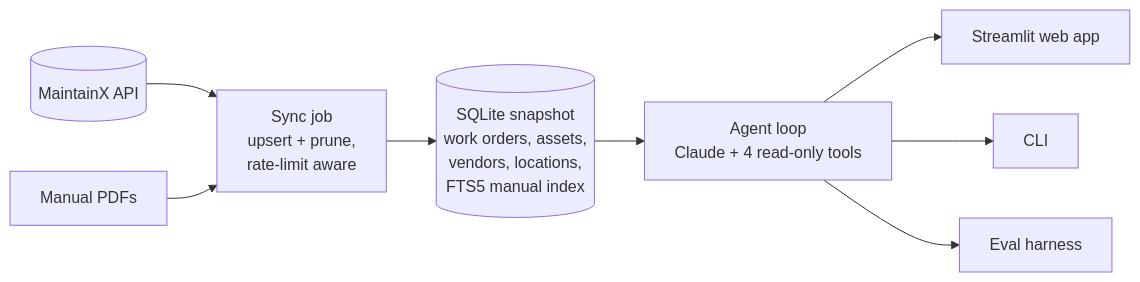
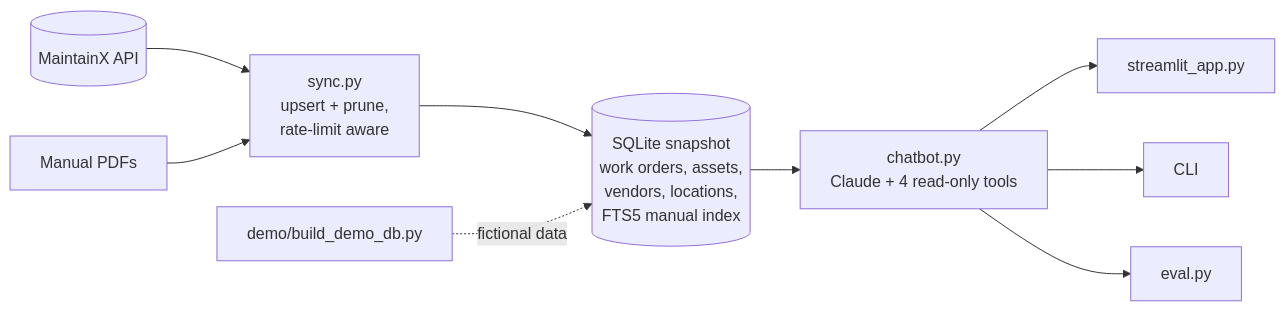
One commit to andrewlezaja/FCS-chatbot changed the diagram in README.md. Above: the diagram before and after it, drawn with Mermaid. The commit also changed other lines of this file and 14 other files, not shown here.

Commit message:
Add chatbot source, demo dataset, and docs

````diff
--- a/README.md
+++ b/README.md
@@ -17,10 +39,11 @@
 ```mermaid
 flowchart LR
-    A[(MaintainX API)] --> B[Sync job<br/>upsert + prune,<br/>rate-limit aware]
+    A[(MaintainX API)] --> B[sync.py<br/>upsert + prune,<br/>rate-limit aware]
     M[Manual PDFs] --> B
     B --> C[(SQLite snapshot<br/>work orders, assets,<br/>vendors, locations,<br/>FTS5 manual index)]
-    C --> D[Agent loop<br/>Claude + 4 read-only tools]
-    D --> E[Streamlit web app]
+    D0[demo/build_demo_db.py] -.fictional data.-> C
+    C --> D[chatbot.py<br/>Claude + 4 read-only tools]
+    D --> E[streamlit_app.py]
     D --> F[CLI]
-    D --> G[Eval harness]
+    D --> G[eval.py]
 ```
````
